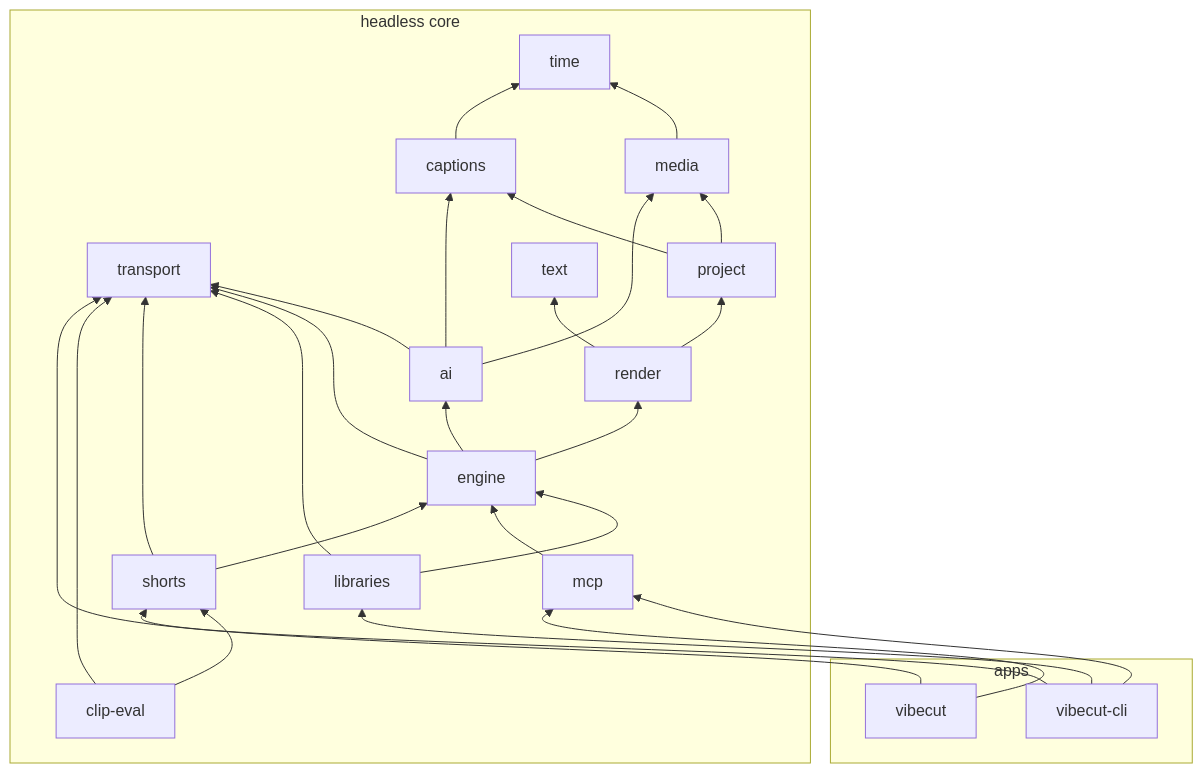
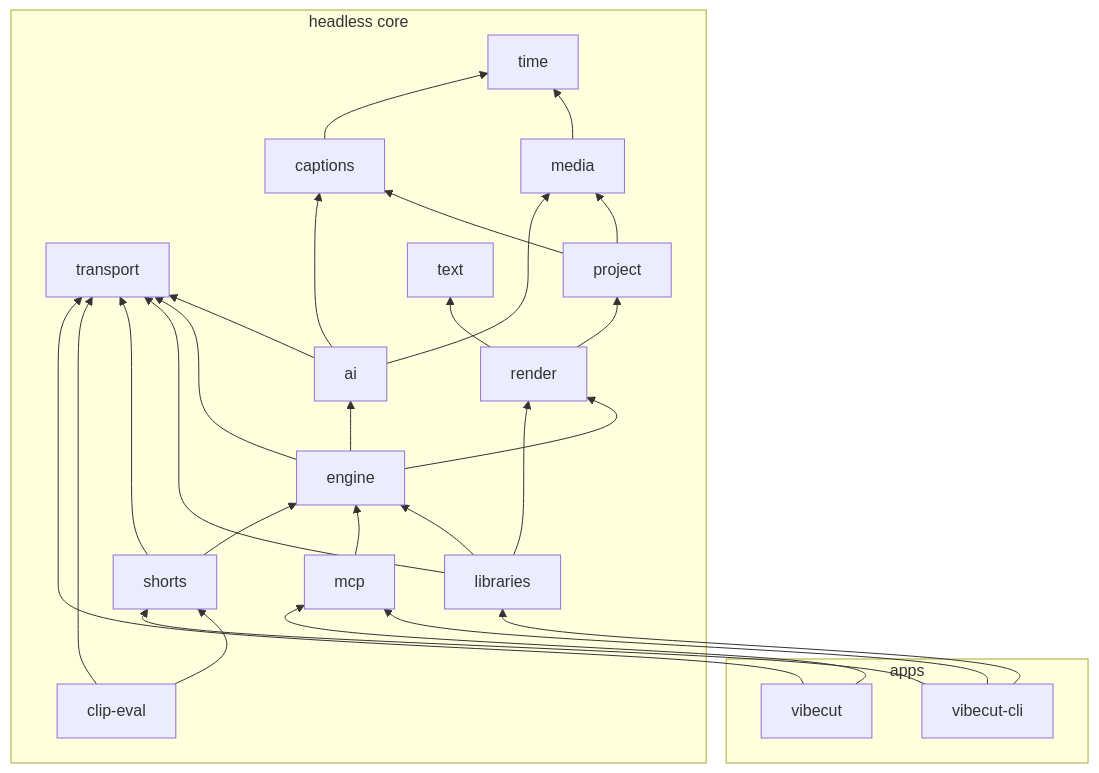
One commit to canhta/vibecut changed the first of 2 diagrams in docs/engineering/architecture.md. Above: the diagram before and after it, drawn with Mermaid. The commit also changed other lines of this file and 39 other files, not shown here.

````diff
--- a/docs/engineering/architecture.md
+++ b/docs/engineering/architecture.md
@@ -30,34 +30,35 @@
 ```mermaid
 flowchart BT
   transport
   media --> time
   captions --> time
   project --> media
   project --> captions
   ai --> media
   ai --> captions
   ai --> transport
   render --> project
   render --> text
   engine --> render
   engine --> ai
   engine --> transport
   libraries --> engine
+  libraries --> render
   libraries --> transport
   mcp --> engine
   shorts --> engine
   shorts --> transport
   eval[clip-eval] --> shorts
   eval --> transport
   cli[vibecut-cli] --> shorts
   cli --> libraries
   cli --> mcp
   app[vibecut] --> mcp
   app --> transport
   subgraph apps
     cli; app
   end
   subgraph core[headless core]
     time; text; transport; media; captions; project; ai; render; engine; mcp; libraries; shorts; eval
   end
 ```
````
